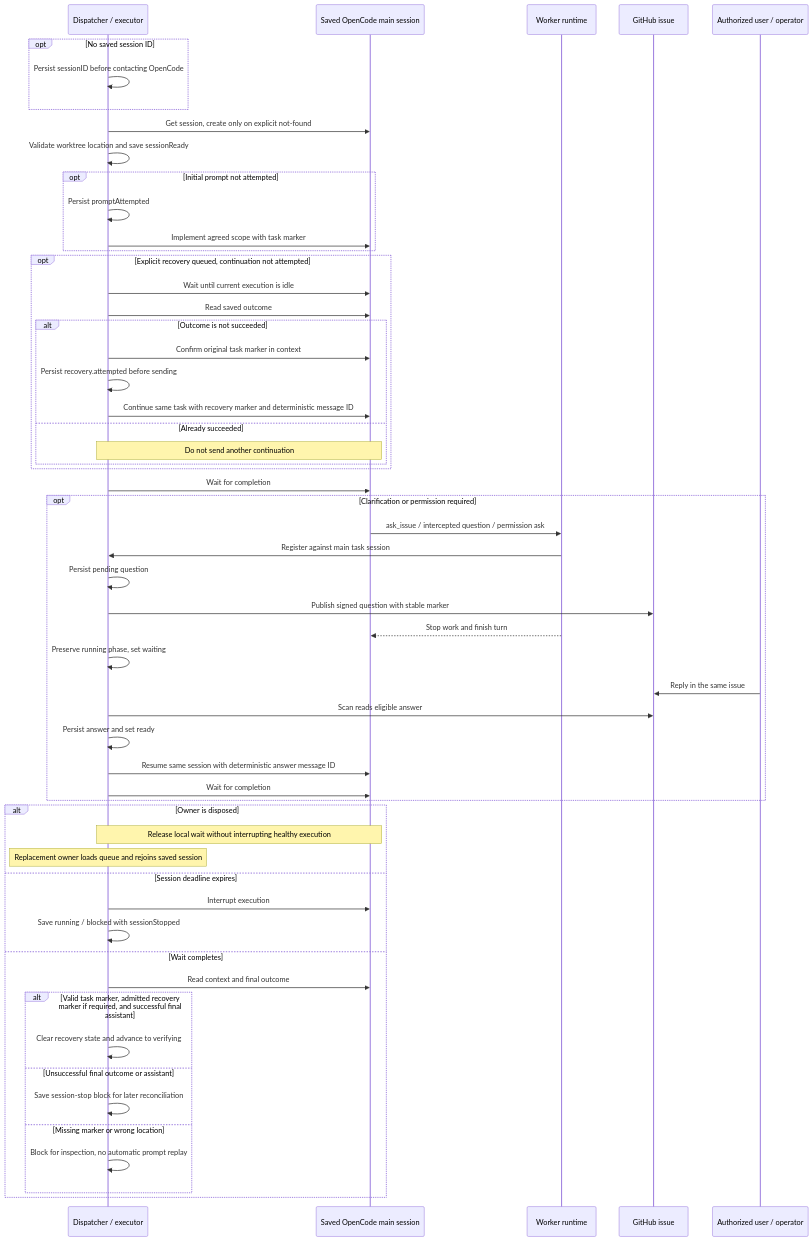
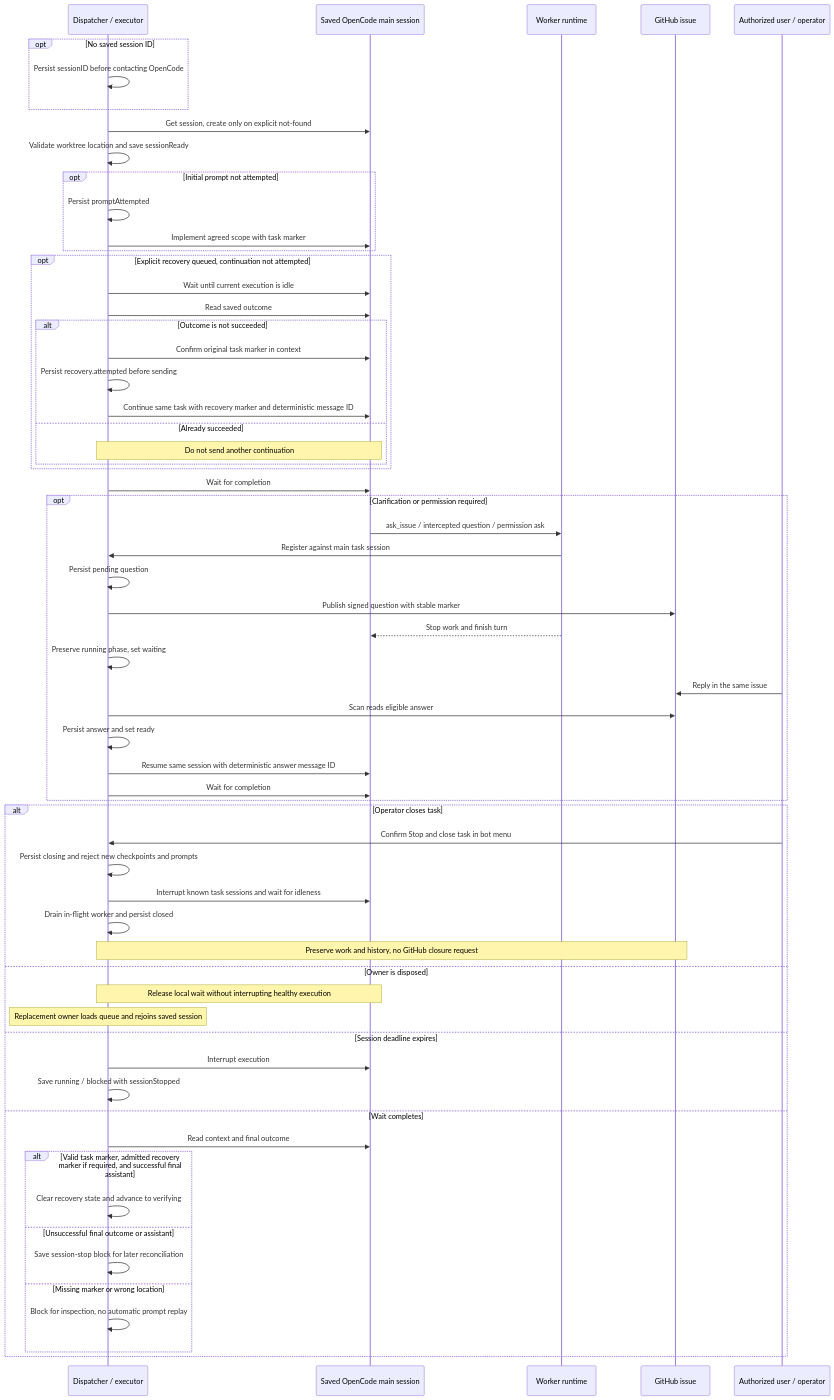
One commit to d3cker/opencode2-github-automation changed the fourth of 8 diagrams in docs/bot-workflow.md. Above: the diagram before and after it, drawn with Mermaid. The commit also changed other lines of this file and 18 other files, not shown here.

Commit message:
feat: manage and durably close bot tasks from TUI

````diff
--- a/docs/bot-workflow.md
+++ b/docs/bot-workflow.md
@@ -231,58 +238,64 @@
 ```mermaid
 sequenceDiagram
     participant D as Dispatcher / executor
     participant S as Saved OpenCode main session
     participant R as Worker runtime
     participant G as GitHub issue
     participant U as Authorized user / operator
     opt No saved session ID
         D->>D: Persist sessionID before contacting OpenCode
     end
     D->>S: Get session, create only on explicit not-found
     D->>D: Validate worktree location and save sessionReady
     opt Initial prompt not attempted
         D->>D: Persist promptAttempted
         D->>S: Implement agreed scope with task marker
     end
     opt Explicit recovery queued, continuation not attempted
         D->>S: Wait until current execution is idle
         D->>S: Read saved outcome
         alt Outcome is not succeeded
             D->>S: Confirm original task marker in context
             D->>D: Persist recovery.attempted before sending
             D->>S: Continue same task with recovery marker and deterministic message ID
         else Already succeeded
             Note over D,S: Do not send another continuation
         end
     end
     D->>S: Wait for completion
     opt Clarification or permission required
         S->>R: ask_issue / intercepted question / permission ask
         R->>D: Register against main task session
         D->>D: Persist pending question
         D->>G: Publish signed question with stable marker
         R-->>S: Stop work and finish turn
         D->>D: Preserve running phase, set waiting
         U->>G: Reply in the same issue
         D->>G: Scan reads eligible answer
         D->>D: Persist answer and set ready
         D->>S: Resume same session with deterministic answer message ID
         D->>S: Wait for completion
     end
-    alt Owner is disposed
+    alt Operator closes task
+        U->>D: Confirm Stop and close task in bot menu
+        D->>D: Persist closing and reject new checkpoints and prompts
+        D->>S: Interrupt known task sessions and wait for idleness
+        D->>D: Drain in-flight worker and persist closed
+        Note over D,G: Preserve work and history, no GitHub closure request
+    else Owner is disposed
         Note over D,S: Release local wait without interrupting healthy execution
         Note over D: Replacement owner loads queue and rejoins saved session
     else Session deadline expires
         D->>S: Interrupt execution
         D->>D: Save running / blocked with sessionStopped
     else Wait completes
         D->>S: Read context and final outcome
         alt Valid task marker, admitted recovery marker if required, and successful final assistant
             D->>D: Clear recovery state and advance to verifying
         else Unsuccessful final outcome or assistant
             D->>D: Save session-stop block for later reconciliation
         else Missing marker or wrong location
             D->>D: Block for inspection, no automatic prompt replay
         end
     end
 ```
````
